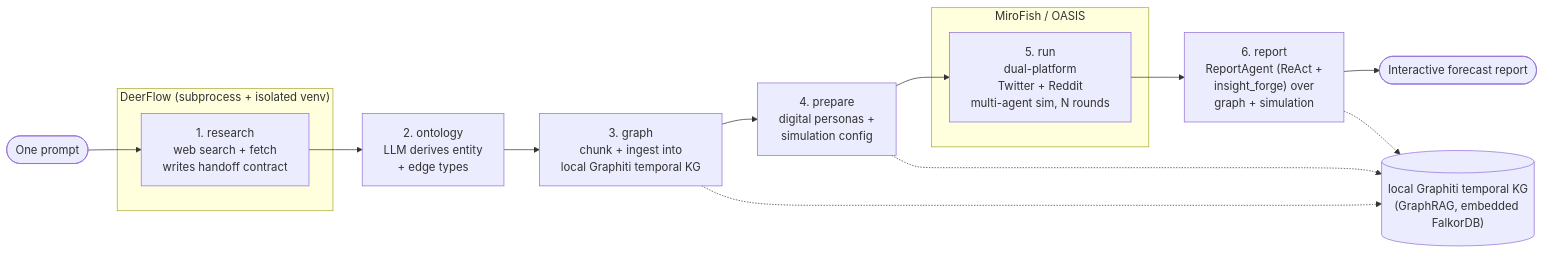
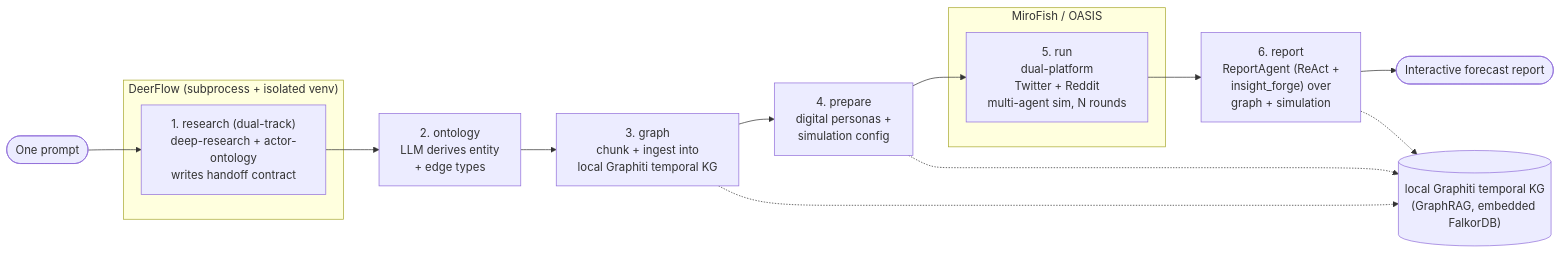
Before and after one commit to linroger/DeepAgentForecast: the diagram in README.md, drawn with Mermaid. The commit also changed other lines of this file and 1 other file, not shown here.

First line of the commit message:
docs: update READMEs (EN + 中文) for dual-track research + tiered ontology

````diff
--- a/README.md
+++ b/README.md
@@ -111,25 +111,25 @@
 ```mermaid
 flowchart LR
     P([One prompt]) --> R
 
     subgraph DeerFlow["DeerFlow (subprocess + isolated venv)"]
-        R["1. research<br/>web search + fetch<br/>writes handoff contract"]
+        R["1. research (dual-track)<br/>deep-research + actor-ontology<br/>writes handoff contract"]
     end
 
     R --> O["2. ontology<br/>LLM derives entity<br/>+ edge types"]
     O --> G["3. graph<br/>chunk + ingest into<br/>local Graphiti temporal KG"]
     G --> PR["4. prepare<br/>digital personas +<br/>simulation config"]
 
     subgraph OASIS["MiroFish / OASIS"]
         RUN["5. run<br/>dual-platform<br/>Twitter + Reddit<br/>multi-agent sim, N rounds"]
     end
 
     PR --> RUN
     RUN --> REP["6. report<br/>ReportAgent (ReAct +<br/>insight_forge) over<br/>graph + simulation"]
     REP --> F([Interactive forecast report])
 
     KG[("local Graphiti temporal KG<br/>(GraphRAG, embedded FalkorDB)")]
     G -.-> KG
     PR -.-> KG
     REP -.-> KG
 ```
````
